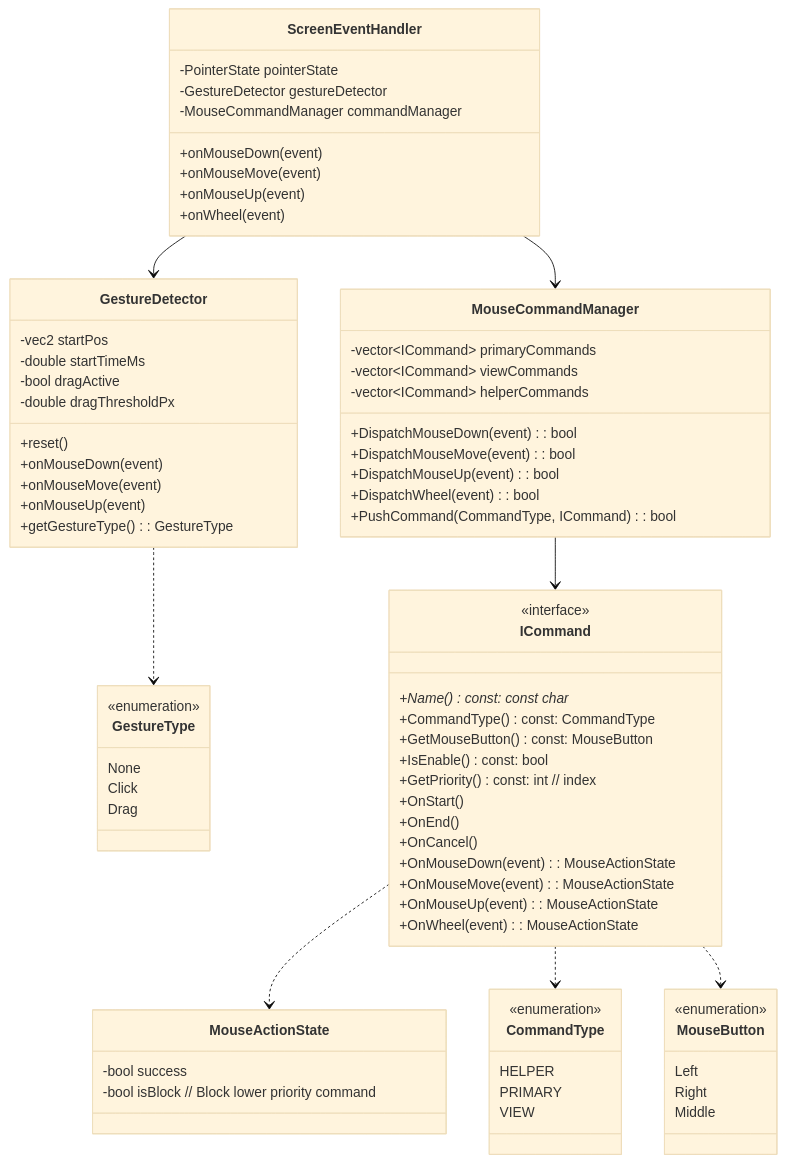
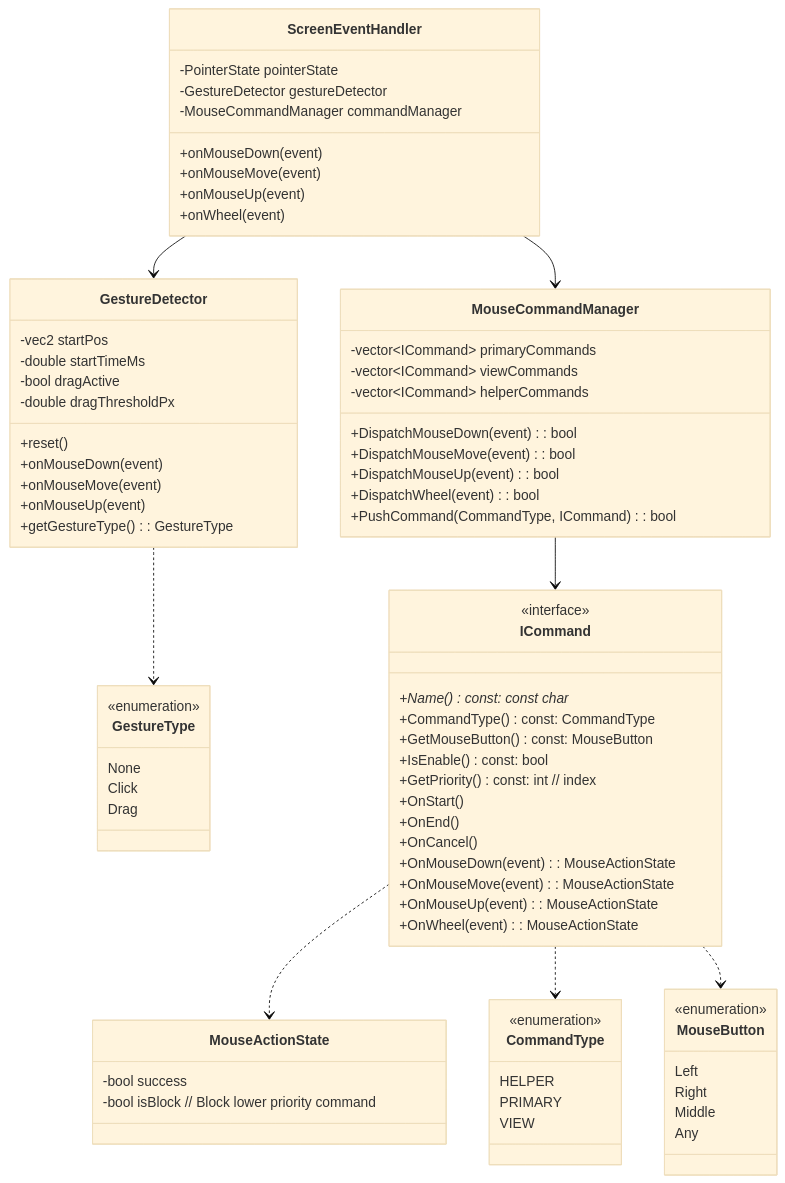
Before and after one commit to vfa-khaidt1/vfa-cdn: the first of 3 diagrams in GraphV6.md, drawn with Mermaid (base theme).

```diff
--- a/GraphV6.md
+++ b/GraphV6.md
@@ -5,6 +5,7 @@
         Left
         Right
         Middle
+        Any
     }
 
     class GestureType {
```
